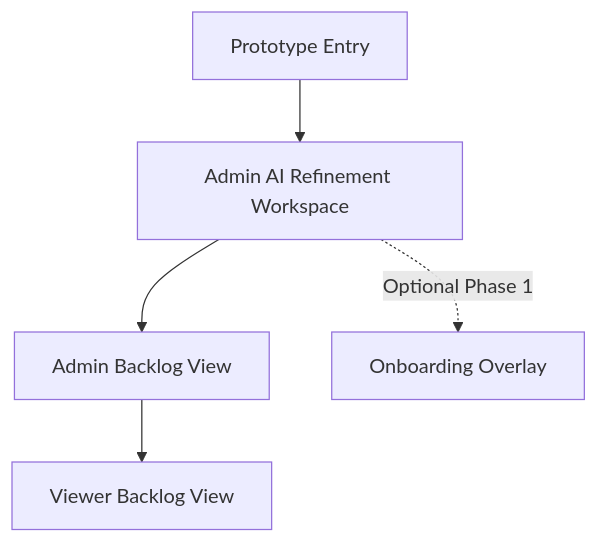
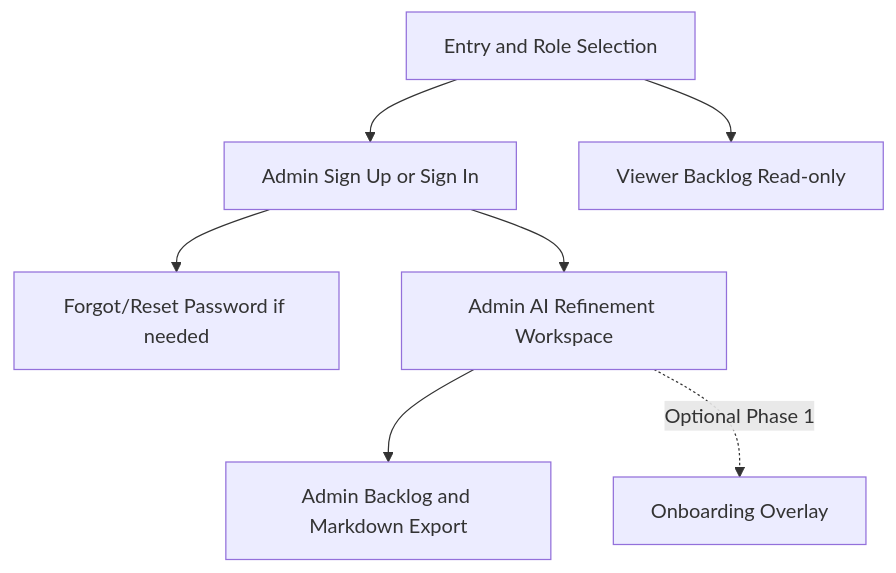
One commit to alonsovndev/open-projects-hub-docs changed the diagram in docs/projects/open-project-hub/05-prototype/prototype-brief.md. Above: the diagram before and after it, drawn with Mermaid. The commit also changed other lines of this file and 2 other files, not shown here.

````diff
--- a/docs/projects/open-project-hub/05-prototype/prototype-brief.md
+++ b/docs/projects/open-project-hub/05-prototype/prototype-brief.md
@@ -95,7 +130,9 @@
 ```mermaid
 flowchart TD
-    A[Prototype Entry] --> B[Admin AI Refinement Workspace]
-    B --> C[Admin Backlog View]
-    C --> D[Viewer Backlog View]
-    B -. Optional Phase 1 .-> E[Onboarding Overlay]
+    A[Entry and Role Selection] --> B[Admin Sign Up or Sign In]
+    B --> C[Forgot/Reset Password if needed]
+    B --> D[Admin AI Refinement Workspace]
+    D --> E[Admin Backlog and Markdown Export]
+    A --> F[Viewer Backlog Read-only]
+    D -. Optional Phase 1 .-> G[Onboarding Overlay]
 ```
````
